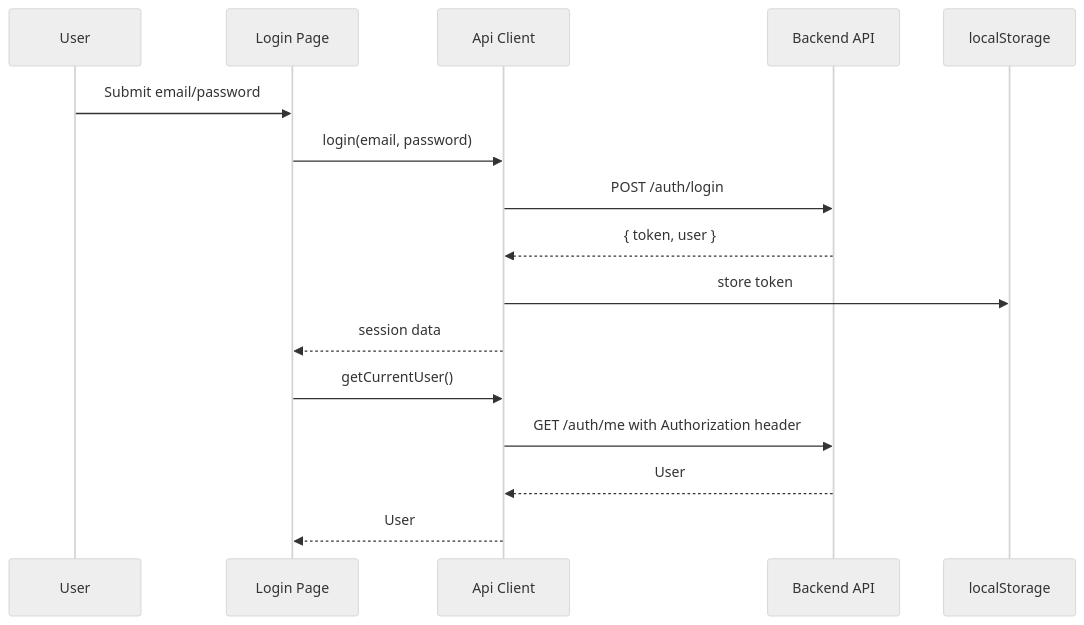
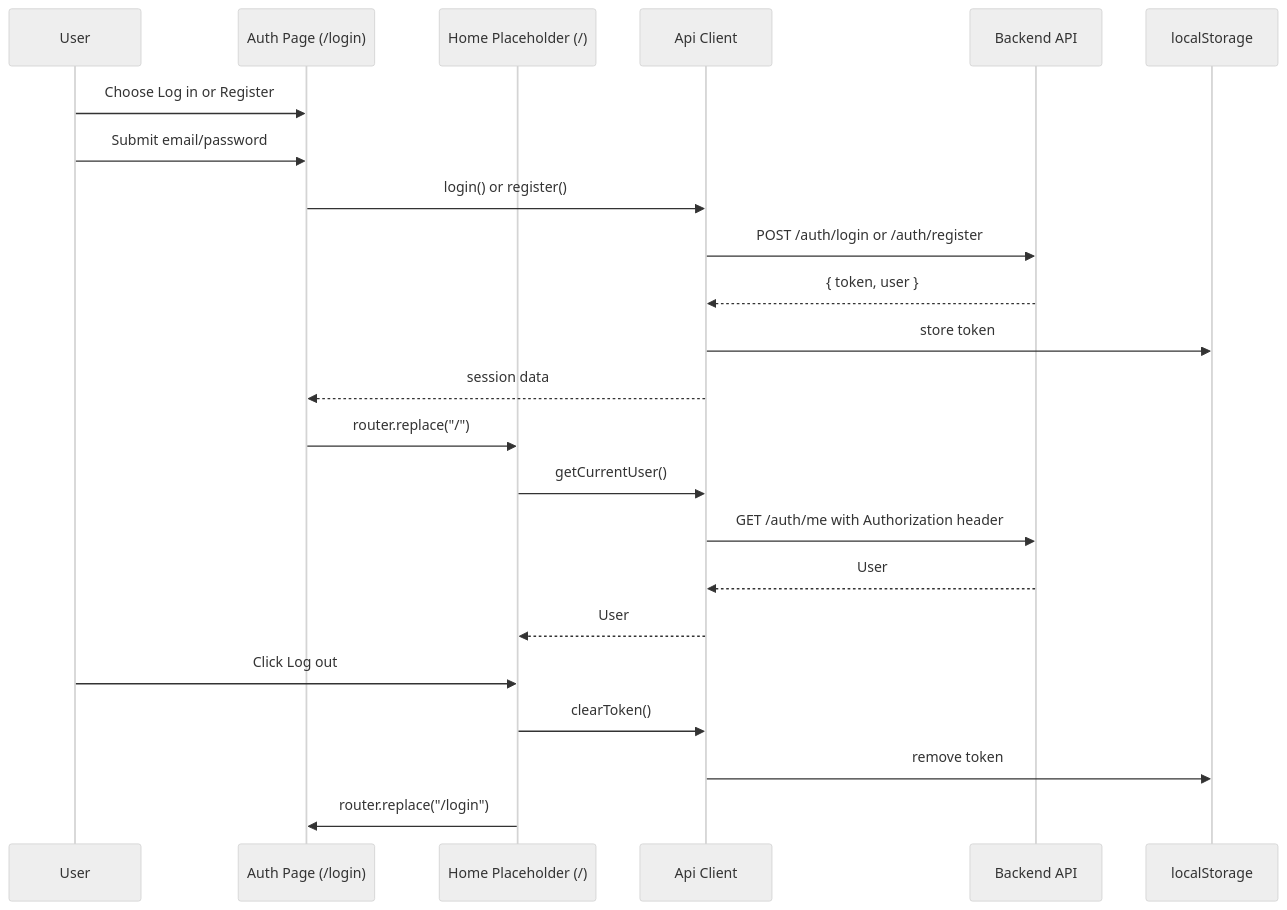
The diagram in docs/tech/frontend.md (yike2/Jevwright), drawn with Mermaid (neutral theme) before and after one commit. The commit also changed other lines of this file, not shown here.

Commit message:
docs(frontend): document login page and auth error formatter (#79)

````diff
--- a/docs/tech/frontend.md
+++ b/docs/tech/frontend.md
@@ -130,20 +140,27 @@
 ```mermaid
 sequenceDiagram
   participant U as User
-  participant P as Login Page
+  participant P as Auth Page (/login)
+  participant H as Home Placeholder (/)
   participant C as Api Client
   participant B as Backend API
   participant L as localStorage
 
+  U->>P: Choose Log in or Register
   U->>P: Submit email/password
-  P->>C: login(email, password)
-  C->>B: POST /auth/login
+  P->>C: login() or register()
+  C->>B: POST /auth/login or /auth/register
   B-->>C: { token, user }
   C->>L: store token
   C-->>P: session data
+  P->>H: router.replace("/")
 
-  P->>C: getCurrentUser()
+  H->>C: getCurrentUser()
   C->>B: GET /auth/me with Authorization header
   B-->>C: User
-  C-->>P: User
+  C-->>H: User
+  U->>H: Click Log out
+  H->>C: clearToken()
+  C->>L: remove token
+  H->>P: router.replace("/login")
 ```
````
